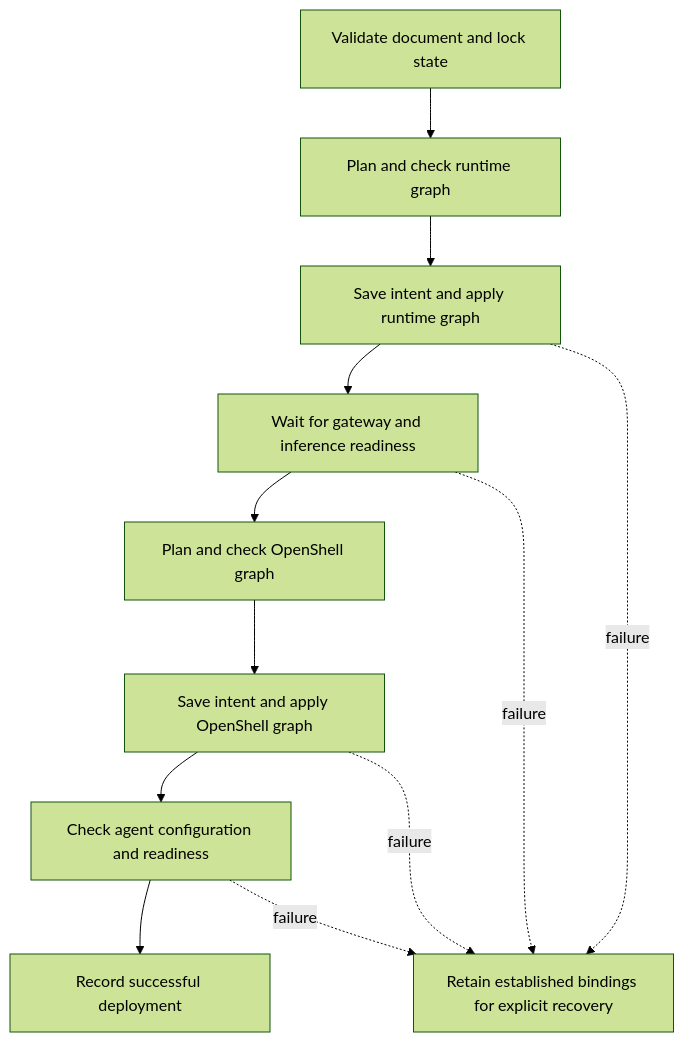
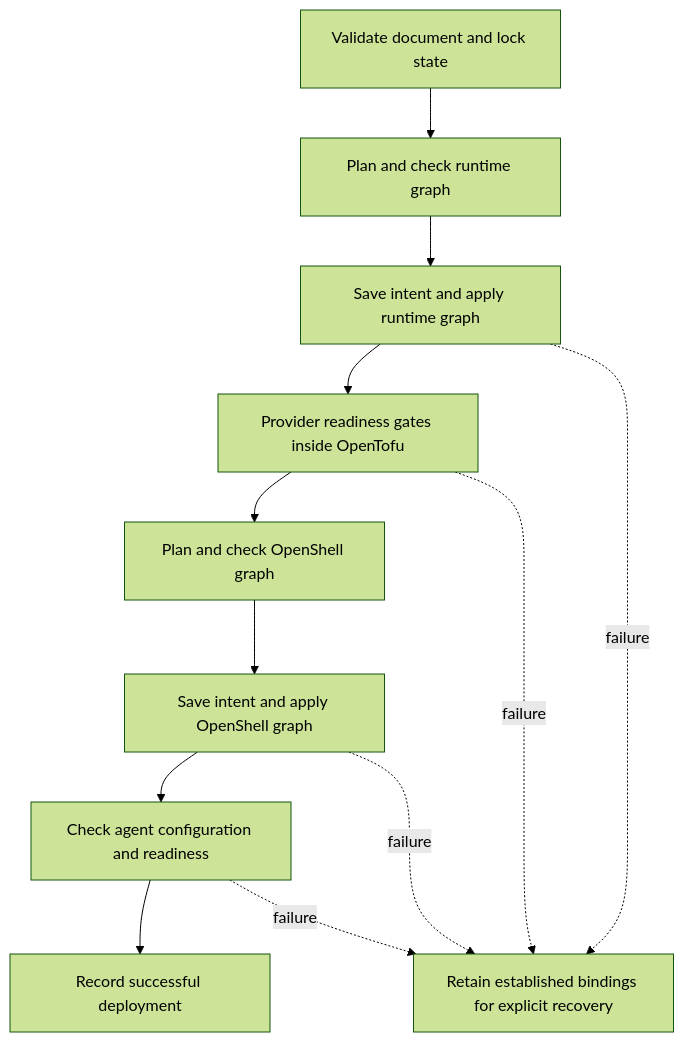
One commit to NVIDIA/NemoClaw changed the second of 2 diagrams in docs/design/architecture.md. Above: the diagram before and after it, drawn with Mermaid (forest theme). The commit also changed other lines of this file and 4 other files, not shown here.

First line of the commit message:
docs: describe provider readiness and runtime recovery

````diff
--- a/docs/design/architecture.md
+++ b/docs/design/architecture.md
@@ -101,14 +101,14 @@
 ```mermaid
 flowchart TD
     Input[Validate document and lock state] --> Runtime[Plan and check runtime graph]
     Runtime --> SaveRuntime[Save intent and apply runtime graph]
-    SaveRuntime --> Wait[Wait for gateway and inference readiness]
+    SaveRuntime --> Wait[Provider readiness gates inside OpenTofu]
     Wait --> Shell[Plan and check OpenShell graph]
     Shell --> SaveShell[Save intent and apply OpenShell graph]
     SaveShell --> Probe[Check agent configuration and readiness]
     Probe --> Done[Record successful deployment]
     SaveRuntime -. failure .-> Keep[Retain established bindings for explicit recovery]
     Wait -. failure .-> Keep
     SaveShell -. failure .-> Keep
     Probe -. failure .-> Keep
 ```
````
